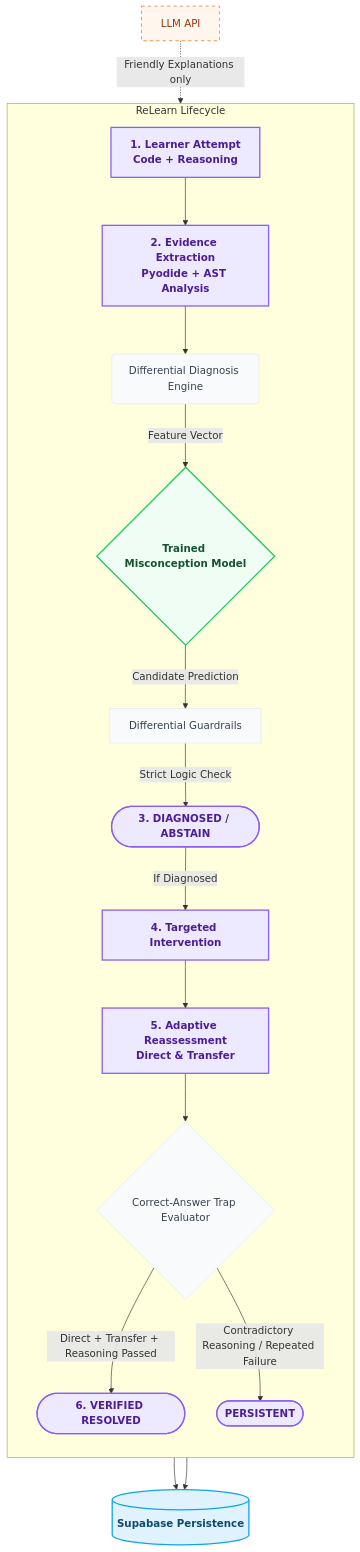
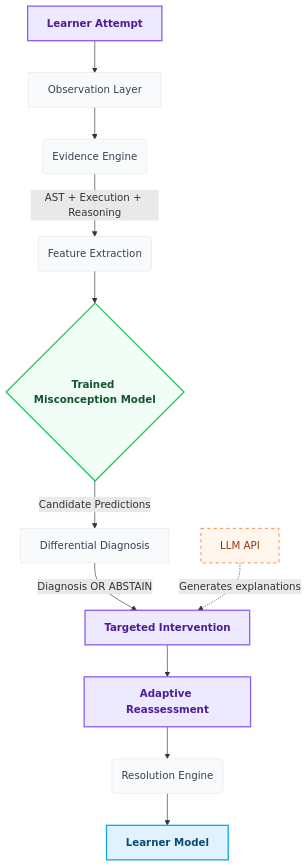
Before and after one commit to manasshete/DAM_maharashtra_round: the first of 2 diagrams in README.md, drawn with Mermaid. The commit also changed other lines of this file and 2 other files, not shown here.

````diff
--- a/README.md
+++ b/README.md
@@ -15,34 +46,25 @@
 ```mermaid
 flowchart TD
     %% Define Styles
     classDef default fill:#f9fafb,stroke:#e5e7eb,stroke-width:1px,color:#374151
     classDef stage fill:#ede9fe,stroke:#8b5cf6,stroke-width:2px,color:#4c1d95,font-weight:bold
     classDef model fill:#f0fdf4,stroke:#22c55e,stroke-width:2px,color:#14532d,font-weight:bold
     classDef persistent fill:#e0f2fe,stroke:#0ea5e9,stroke-width:2px,color:#0c4a6e,font-weight:bold
 
-    subgraph ReLearn Lifecycle
-        direction TB
-        
-        A[1. Learner Attempt<br/>Code + Reasoning]:::stage --> B[2. Evidence Extraction<br/>Pyodide + AST Analysis]:::stage
-        
-        B --> C(Differential Diagnosis Engine)
-        
-        C -->|Feature Vector| D{Trained Misconception Model}:::model
-        D -->|Candidate Prediction| E[Differential Guardrails]
-        E -->|Strict Logic Check| F([3. DIAGNOSED / ABSTAIN]):::stage
-        
-        F -->|If Diagnosed| G[4. Targeted Intervention]:::stage
-        G --> H[5. Adaptive Reassessment<br/>Direct & Transfer]:::stage
-        
-        H --> I{Correct-Answer Trap Evaluator}
-        I -->|Direct + Transfer + Reasoning Passed| J([6. VERIFIED RESOLVED]):::stage
-        I -->|Contradictory Reasoning / Repeated Failure| K([PERSISTENT]):::stage
-    end
+    A[Learner Attempt]:::stage --> B[Observation Layer]
+    B --> C(Evidence Engine)
+    C -->|AST + Execution + Reasoning| D(Feature Extraction)
     
-    J --> L[(Supabase Persistence)]:::persistent
-    K --> L
+    D --> E{Trained Misconception Model}:::model
+    E -->|Candidate Predictions| F[Differential Diagnosis]
     
-    LLM[LLM API] -.->|Friendly Explanations only| F
+    F -->|Diagnosis OR ABSTAIN| G[Targeted Intervention]:::stage
+    
+    G --> H[Adaptive Reassessment]:::stage
+    H --> I(Resolution Engine)
+    I --> J[Learner Model]:::persistent
+
+    LLM[LLM API] -.->|Generates explanations| G
     
     style LLM fill:#fff7ed,stroke:#ea580c,stroke-dasharray: 5 5,color:#9a3412
 ```
````
